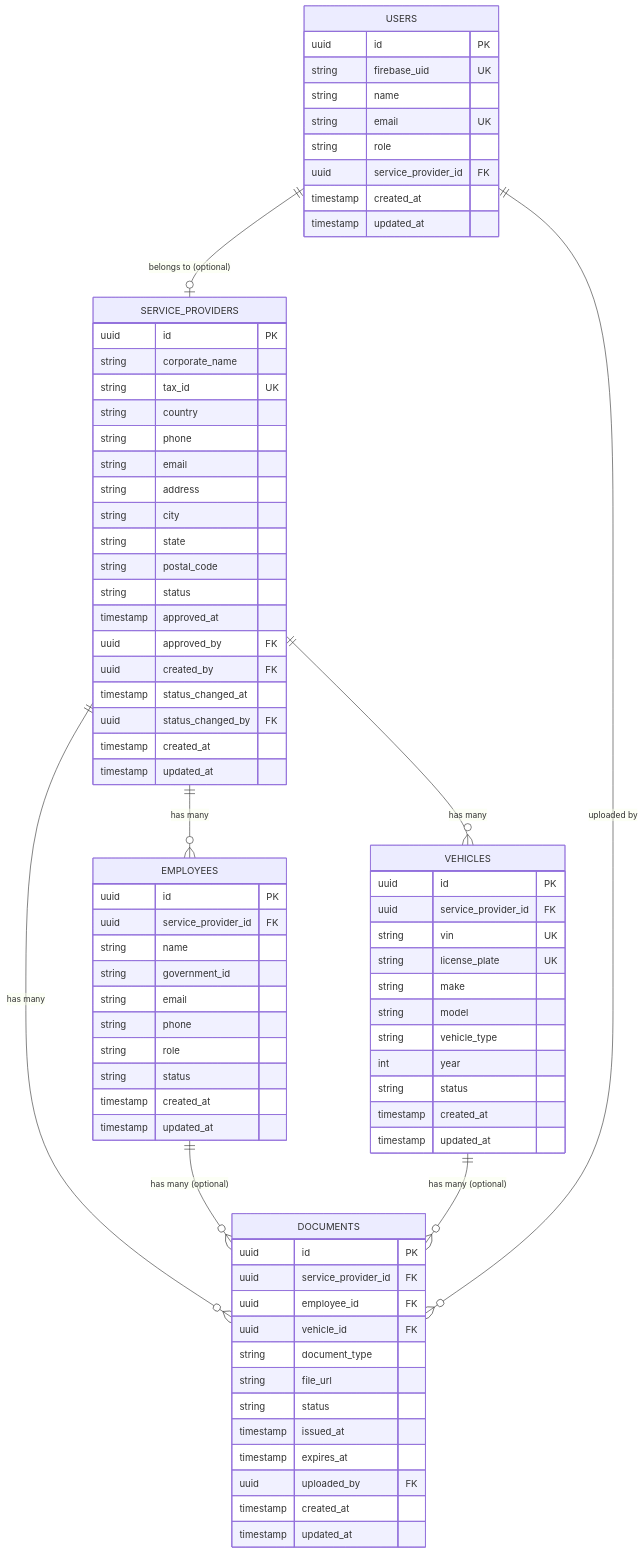
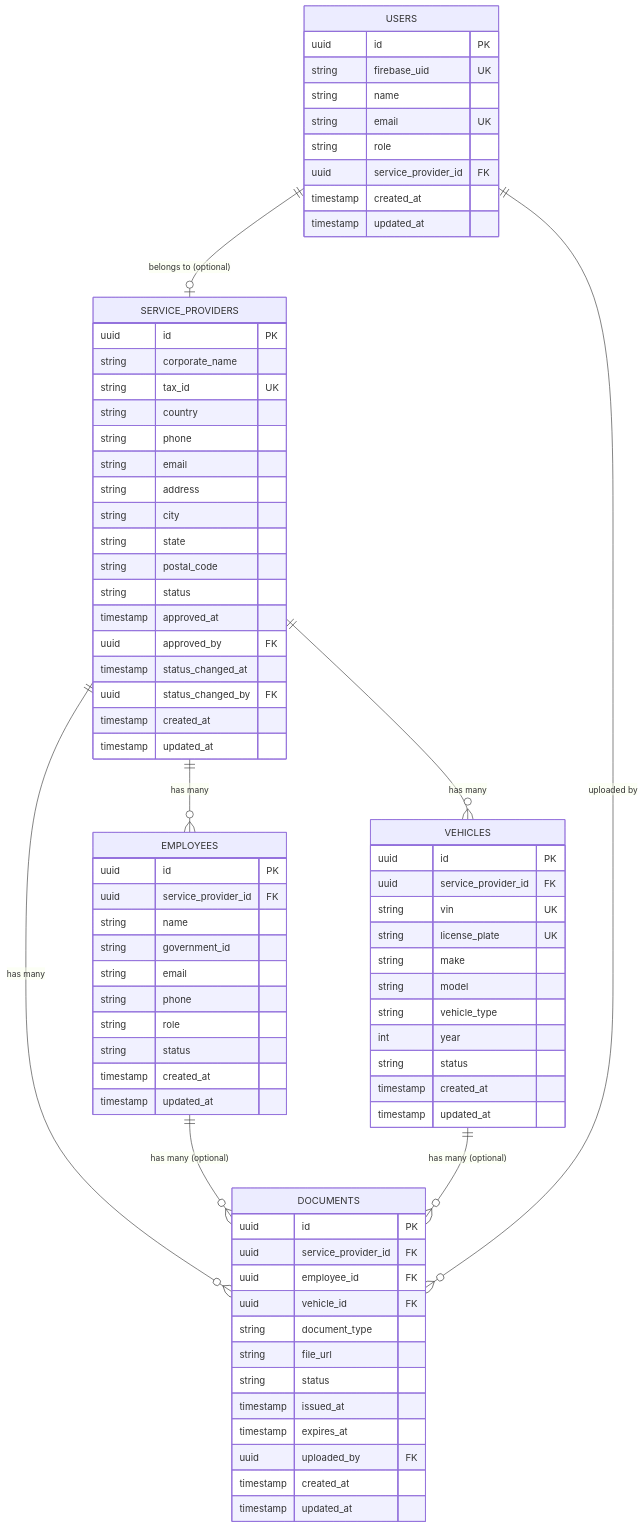
The diagram in docs/database-model.md (leite-leo/service-provider-api), drawn with Mermaid before and after one commit. The commit also changed other lines of this file and 3 other files, not shown here.

```diff
--- a/docs/database-model.md
+++ b/docs/database-model.md
@@ -45,7 +45,6 @@
         string status
         timestamp approved_at
         uuid approved_by FK
-        uuid created_by FK
         timestamp status_changed_at
         uuid status_changed_by FK
         timestamp created_at
```
